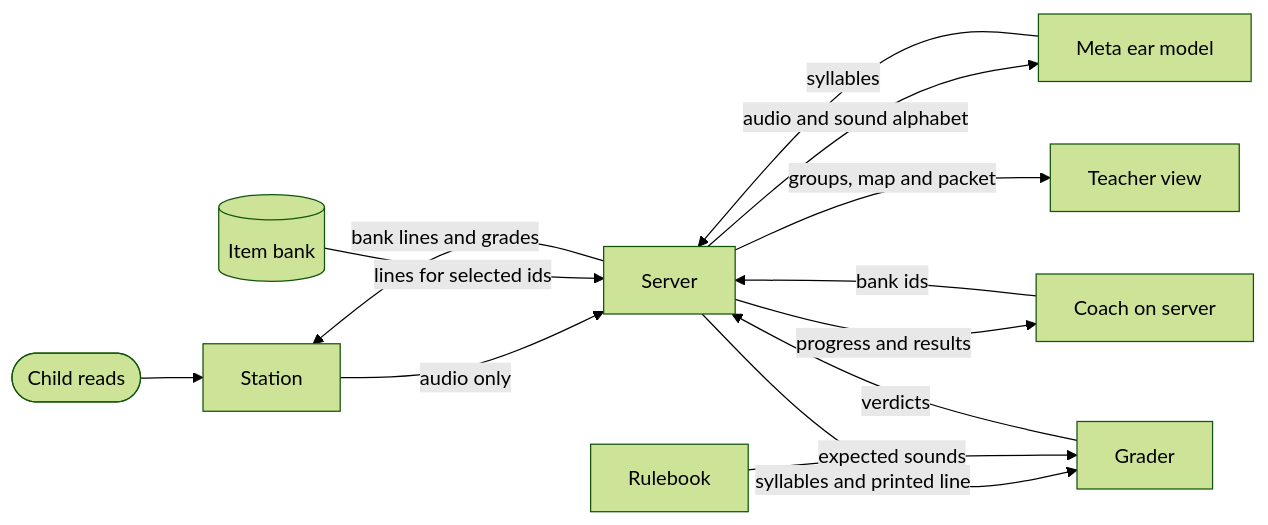
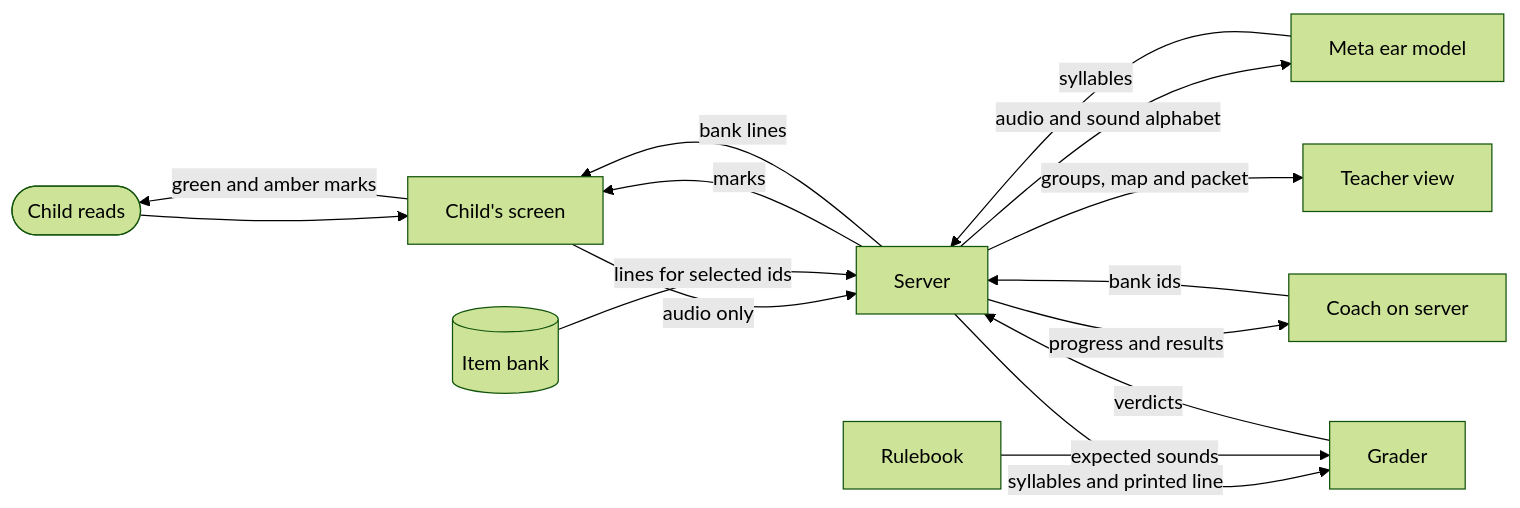
Before and after one commit to drlevidruin/meta-hackathon-entry: the diagram in README.md, drawn with Mermaid (forest theme). The commit also changed other lines of this file and 20 other files, not shown here.

````diff
--- a/README.md
+++ b/README.md
@@ -9,15 +17,17 @@
 ```mermaid
 flowchart LR
-  child([Child reads]) --> station[Station]
+  child([Child reads]) --> station[Child's screen]
   station -- audio only --> server[Server]
   server -- audio and sound alphabet --> ear[Meta ear model]
   ear -- syllables --> server
   server -- syllables and printed line --> grader[Grader]
   rulebook[Rulebook] -- expected sounds --> grader
   grader -- verdicts --> server
+  server -- marks --> station
+  station -- green and amber marks --> child
   server -- progress and results --> coach[Coach on server]
   coach -- bank ids --> server
   bank[(Item bank)] -- lines for selected ids --> server
-  server -- bank lines and grades --> station
+  server -- bank lines --> station
   server -- groups, map and packet --> teacher[Teacher view]
 ```
````
